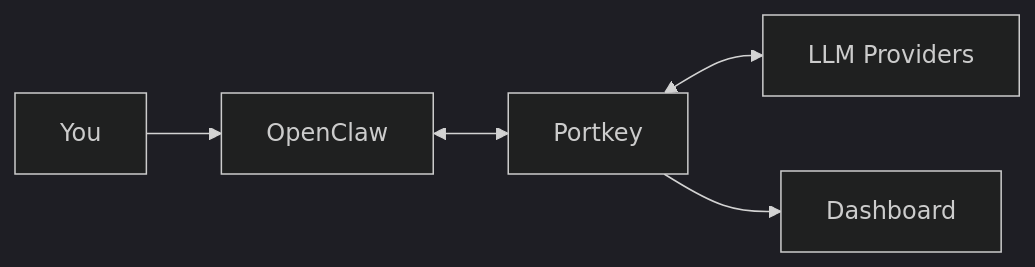
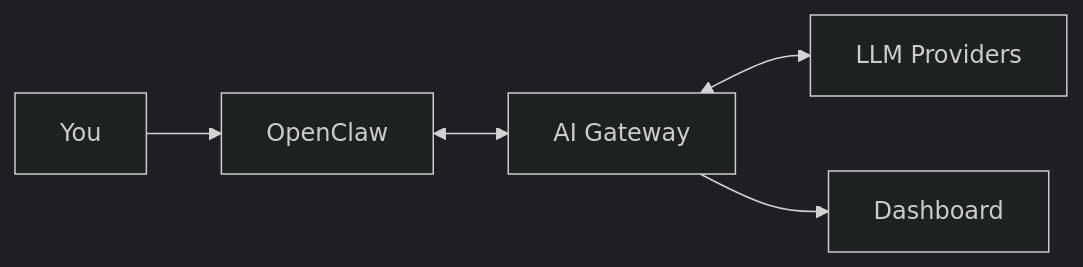
Before and after one commit to Portkey-AI/docs-core: the diagram in aigw/integrations/libraries/openclaw.mdx, drawn with Mermaid (dark theme). The commit also changed other lines of this file and 174 other files, not shown here.

````diff
--- a/aigw/integrations/libraries/openclaw.mdx
+++ b/aigw/integrations/libraries/openclaw.mdx
@@ -8,7 +8,7 @@
 ```mermaid
 flowchart LR
     A[You] --> B[OpenClaw]
-    B <--> C[Portkey]
+    B <--> C[AI Gateway]
     C <--> D[LLM Providers]
     C --> E[Dashboard]
 ```
````
